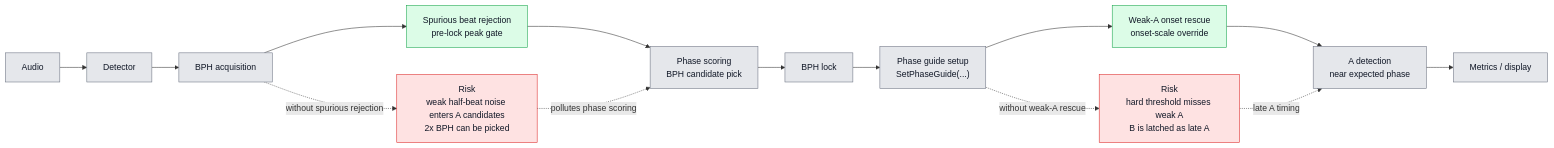
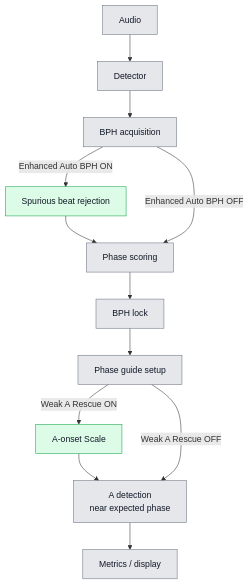
Before and after one commit to Jae-hong-5/TimeGrapher-Net: the diagram in docs/architecture/DETECTION_IMPROVEMENTS_COMPARISON.md, drawn with Mermaid. The commit also changed other lines of this file, not shown here.

````diff
--- a/docs/architecture/DETECTION_IMPROVEMENTS_COMPARISON.md
+++ b/docs/architecture/DETECTION_IMPROVEMENTS_COMPARISON.md
@@ -8,26 +3,23 @@
 ```mermaid
-flowchart LR
+flowchart TD
     audio["Audio"] --> detector["Detector"]
     detector --> acq["BPH acquisition"]
-    acq --> spurious["Spurious beat rejection<br/>pre-lock peak gate"]
-    spurious --> phase["Phase scoring<br/>BPH candidate pick"]
+    acq -->|"Enhanced Auto BPH ON"| spurious["Spurious beat rejection"]
+    spurious --> phase["Phase scoring"]
     phase --> lock["BPH lock"]
-    lock --> guide["Phase guide setup<br/>SetPhaseGuide(...)"]
-    guide --> rescue["Weak-A onset rescue<br/>onset-scale override"]
+    lock --> guide["Phase guide setup"]
+    guide -->|"Weak A Rescue ON"| rescue["A-onset Scale"]
     rescue --> detectA["A detection<br/>near expected phase"]
     detectA --> metrics["Metrics / display"]
+	acq -->|"Enhanced Auto BPH OFF"| phase
+	guide -->|"Weak A Rescue OFF"| detectA
 
-    acq -. "without spurious rejection" .-> badBph["Risk<br/>weak half-beat noise enters A candidates<br/>2x BPH can be picked"]
-    badBph -. "pollutes phase scoring" .-> phase
-
-    guide -. "without weak-A rescue" .-> badA["Risk<br/>hard threshold misses weak A<br/>B is latched as late A"]
-    badA -. "late A timing" .-> detectA
 
     classDef common fill:#e5e7eb,stroke:#6b7280,color:#111827;
     classDef risk fill:#fee2e2,stroke:#dc2626,color:#111827;
     classDef improvement fill:#dcfce7,stroke:#16a34a,color:#111827;
 
     class audio,detector,acq,phase,lock,guide,detectA,metrics common;
     class spurious,rescue improvement;
     class badBph,badA risk;
 ```
````
